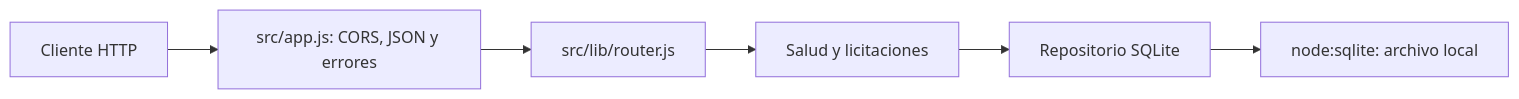
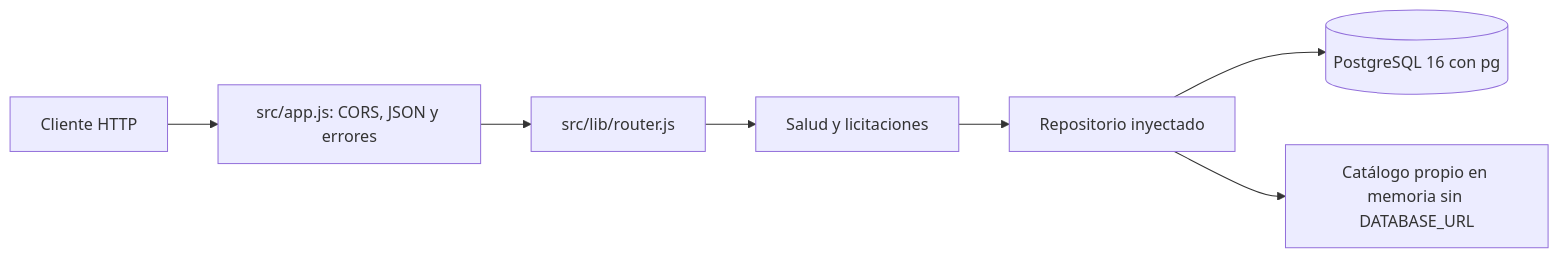
Before and after one commit to Wilson-Jara/LicitacionesUV-backend: the diagram in docs/Arquitectura.md, drawn with Mermaid. The commit also changed other lines of this file and 32 other files, not shown here.

Commit message:
Conserva PostgreSQL en el backend independiente (#113)

````diff
--- a/docs/Arquitectura.md
+++ b/docs/Arquitectura.md
@@ -3,8 +3,9 @@
 ```mermaid
 flowchart LR
   HTTP[Cliente HTTP] --> APP[src/app.js: CORS, JSON y errores]
   APP --> ROUTER[src/lib/router.js]
   ROUTER --> ROUTES[Salud y licitaciones]
-  ROUTES --> REPO[Repositorio SQLite]
-  REPO --> DB[node:sqlite: archivo local]
+  ROUTES --> REPO[Repositorio inyectado]
+  REPO --> PG[(PostgreSQL 16 con pg)]
+  REPO --> MOCK[Catálogo propio en memoria sin DATABASE_URL]
 ```
````
